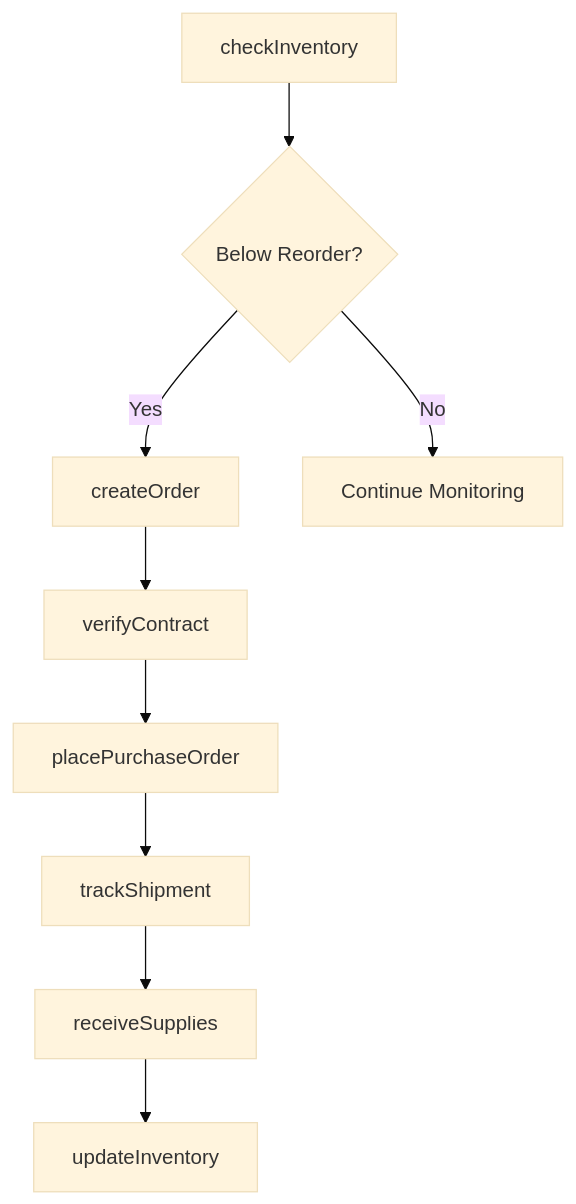
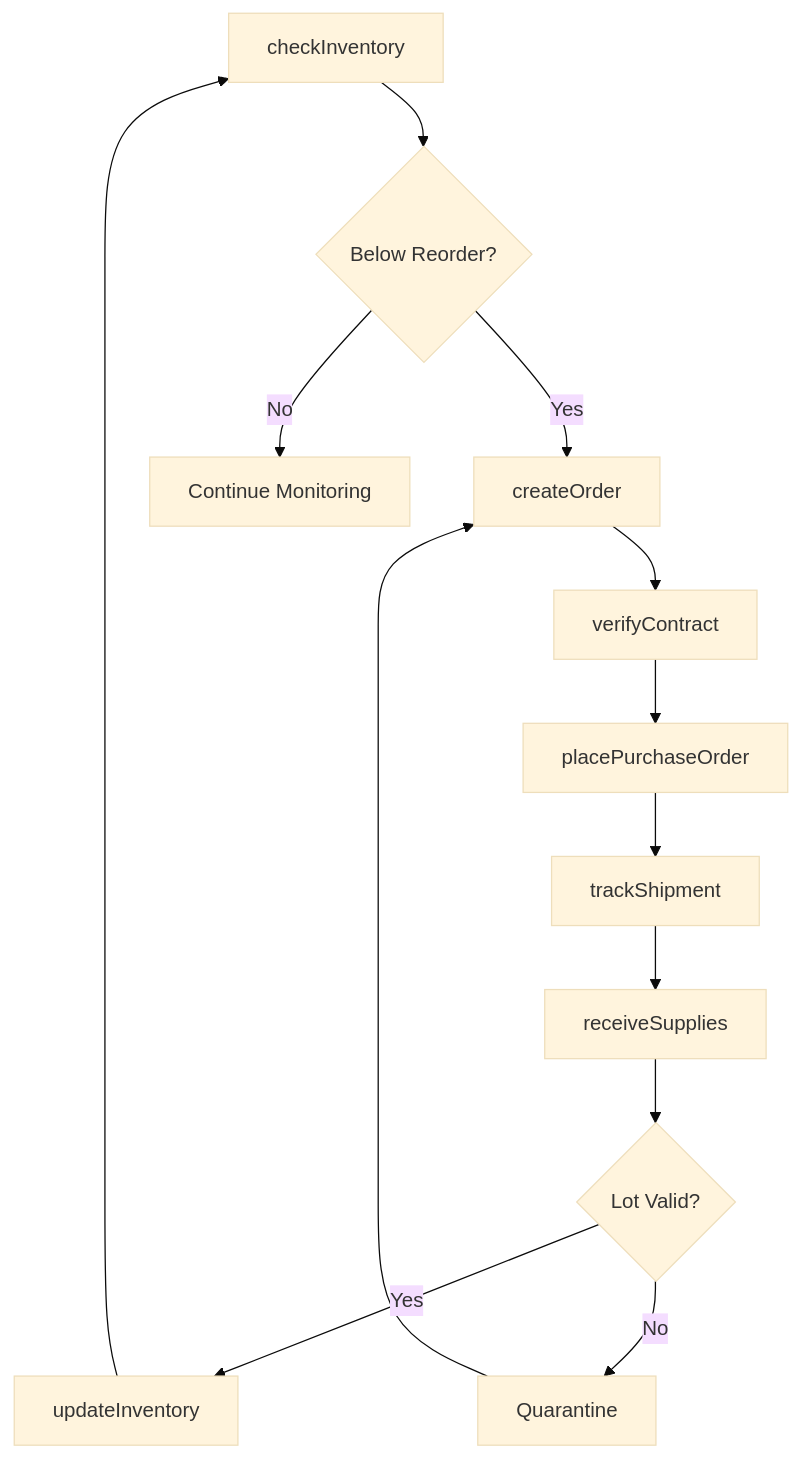
One commit to dot-org-ai/tasks.org.ai changed the third of 4 diagrams in MonitoringAndControllingResources/PurchaseGoodsOrServices/OrderMedicalSuppliesEquipment.mdx. Above: the diagram before and after it, drawn with Mermaid (base theme). The commit also changed other lines of this file and 307 other files, not shown here.

First line of the commit message:
feat: Add ER diagrams and state diagrams to remaining 308 DWA task files (wave 3 complete)

````diff
--- a/MonitoringAndControllingResources/PurchaseGoodsOrServices/OrderMedicalSuppliesEquipment.mdx
+++ b/MonitoringAndControllingResources/PurchaseGoodsOrServices/OrderMedicalSuppliesEquipment.mdx
@@ -87,11 +114,15 @@
 ```mermaid
 graph TD
     A[checkInventory] --> B{Below Reorder?}
     B -->|Yes| C[createOrder]
     B -->|No| D[Continue Monitoring]
     C --> E[verifyContract]
     E --> F[placePurchaseOrder]
     F --> G[trackShipment]
     G --> H[receiveSupplies]
-    H --> I[updateInventory]
+    H --> I{Lot Valid?}
+    I -->|Yes| J[updateInventory]
+    I -->|No| K[Quarantine]
+    K --> C
+    J --> A
 ```
````
